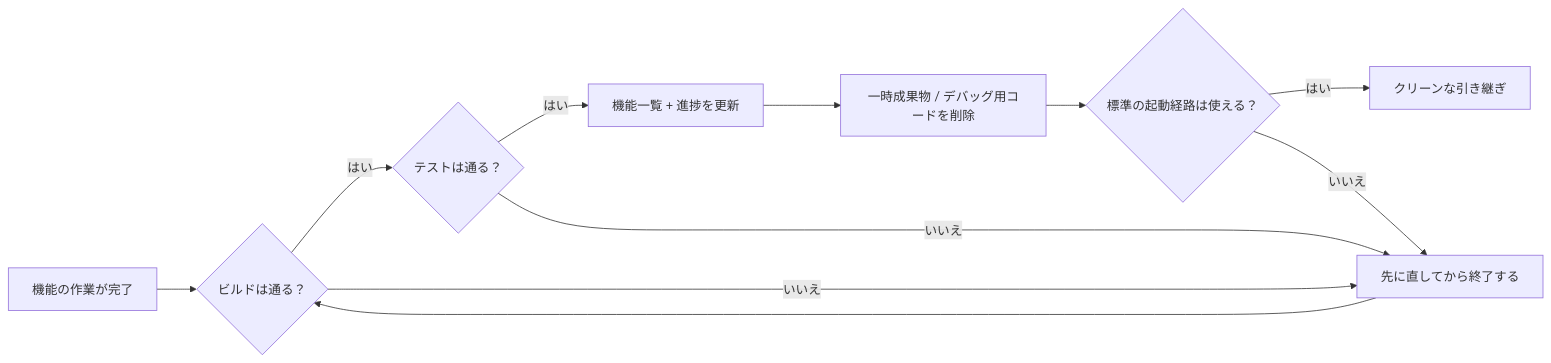
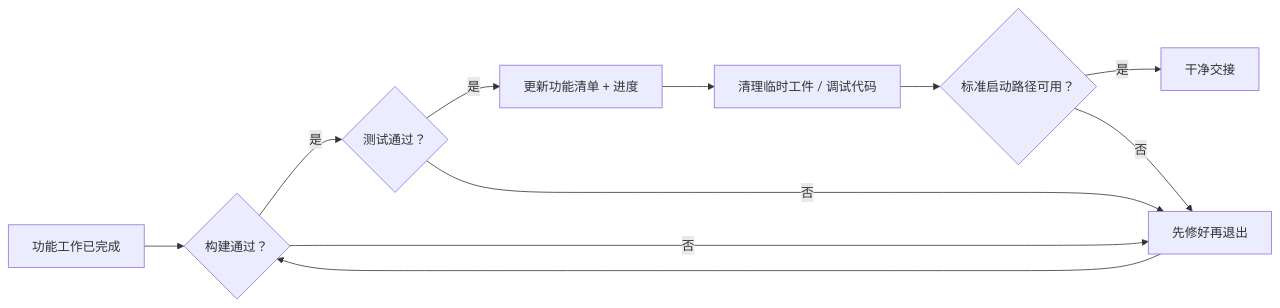
The first of 2 diagrams in docs/zh/lectures/lecture-12-why-every-session-must-leave-a-clean-state/index.md (mkusaka/learn-harness-engineering), drawn with Mermaid before and after one commit. The commit also changed other lines of this file and 684 other files, not shown here.

````diff
--- a/docs/zh/lectures/lecture-12-why-every-session-must-leave-a-clean-state/index.md
+++ b/docs/zh/lectures/lecture-12-why-every-session-must-leave-a-clean-state/index.md
@@ -34,13 +34,13 @@
 ```mermaid
 flowchart LR
-    Work["機能の作業が完了"] --> Build{"ビルドは通る？"}
-    Build -->|はい| Test{"テストは通る？"}
-    Build -->|いいえ| Fix["先に直してから終了する"]
-    Test -->|はい| Record["機能一覧 + 進捗を更新"]
-    Test -->|いいえ| Fix
-    Record --> Cleanup["一時成果物 / デバッグ用コードを削除"]
-    Cleanup --> Startup{"標準の起動経路は使える？"}
-    Startup -->|はい| Clean["クリーンな引き継ぎ"]
-    Startup -->|いいえ| Fix
+    Work["功能工作已完成"] --> Build{"构建通过？"}
+    Build -->|是| Test{"测试通过？"}
+    Build -->|否| Fix["先修好再退出"]
+    Test -->|是| Record["更新功能清单 + 进度"]
+    Test -->|否| Fix
+    Record --> Cleanup["清理临时工件 / 调试代码"]
+    Cleanup --> Startup{"标准启动路径可用？"}
+    Startup -->|是| Clean["干净交接"]
+    Startup -->|否| Fix
     Fix --> Build
 ```
````
